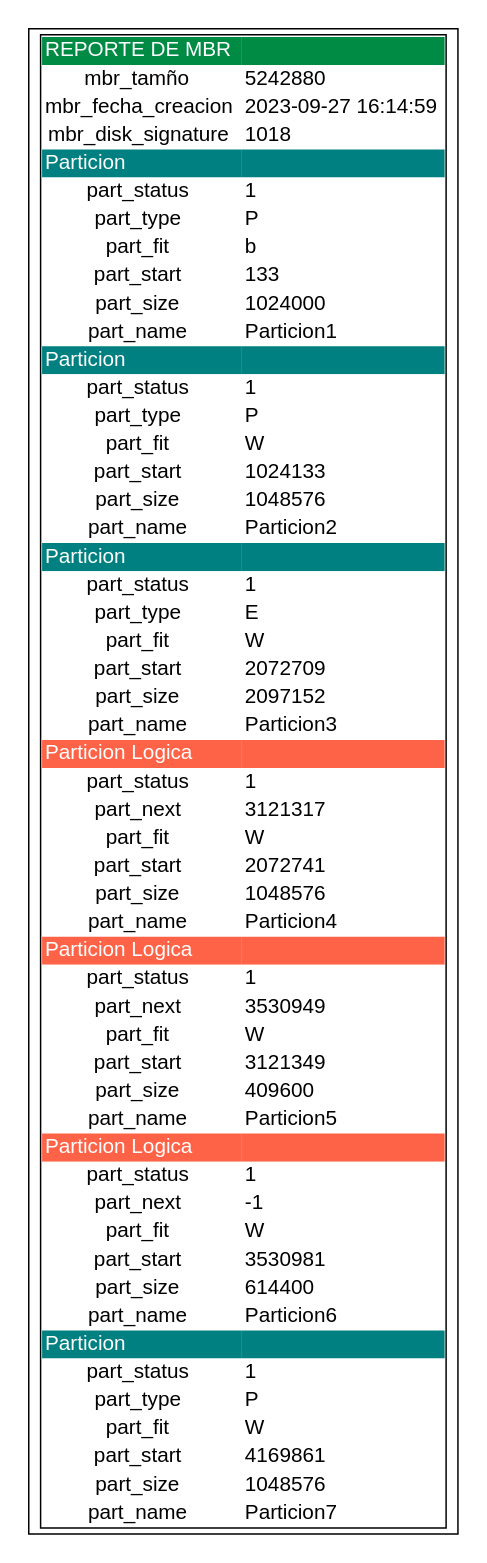
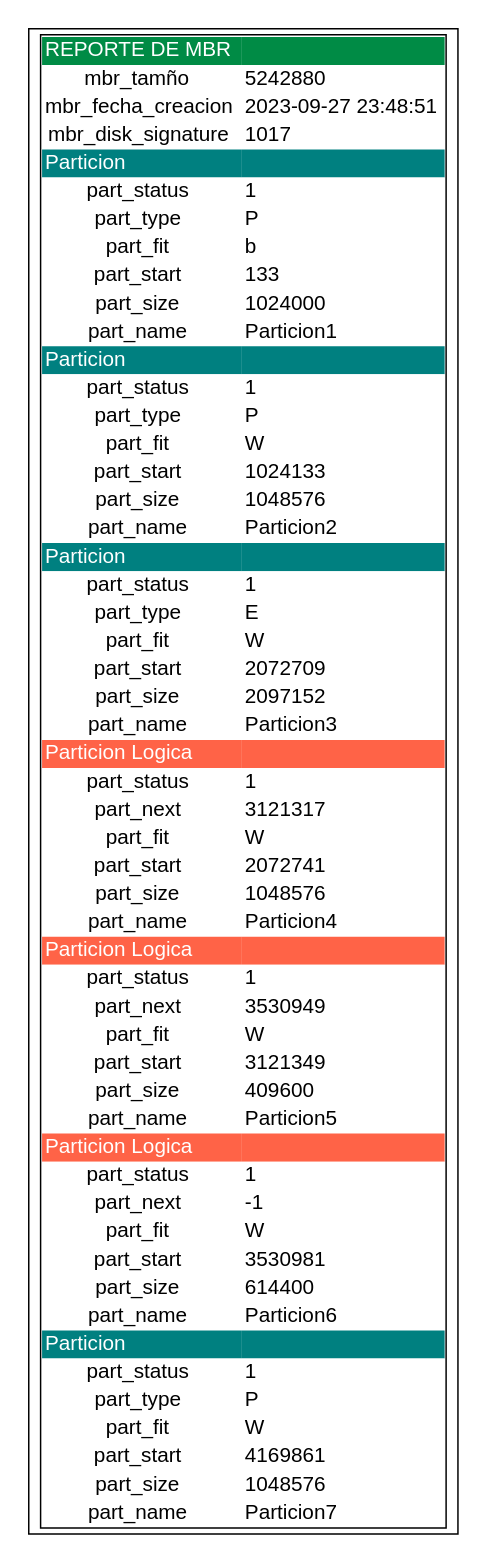
Before and after one commit to luis-tavico/MIA_2SP2_202000562: the diagram in backend/reportes/reporte_mbr.dot, drawn with Graphviz. The commit also changed 20 other files, not shown here.

```diff
--- a/backend/reportes/reporte_mbr.dot
+++ b/backend/reportes/reporte_mbr.dot
@@ -12,11 +12,11 @@
         </tr>
         <tr>
             <td bgcolor="white" align="center"> mbr_fecha_creacion </td>
-            <td bgcolor="white" align="left"> 2023-09-27 16:14:59 </td>
+            <td bgcolor="white" align="left"> 2023-09-27 23:48:51 </td>
         </tr>
         <tr>
             <td bgcolor="white" align="center"> mbr_disk_signature </td>
-            <td bgcolor="white" align="left"> 1018 </td>
+            <td bgcolor="white" align="left"> 1017 </td>
         </tr>
         <tr>
             <td bgcolor="teal" align="left"><font color="white"> Particion </font></td>
```
